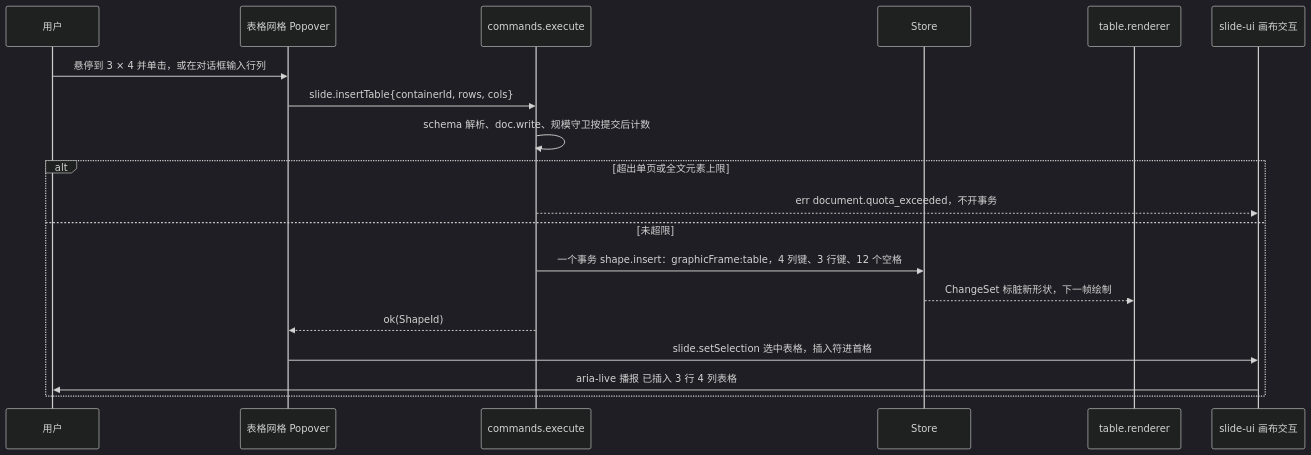
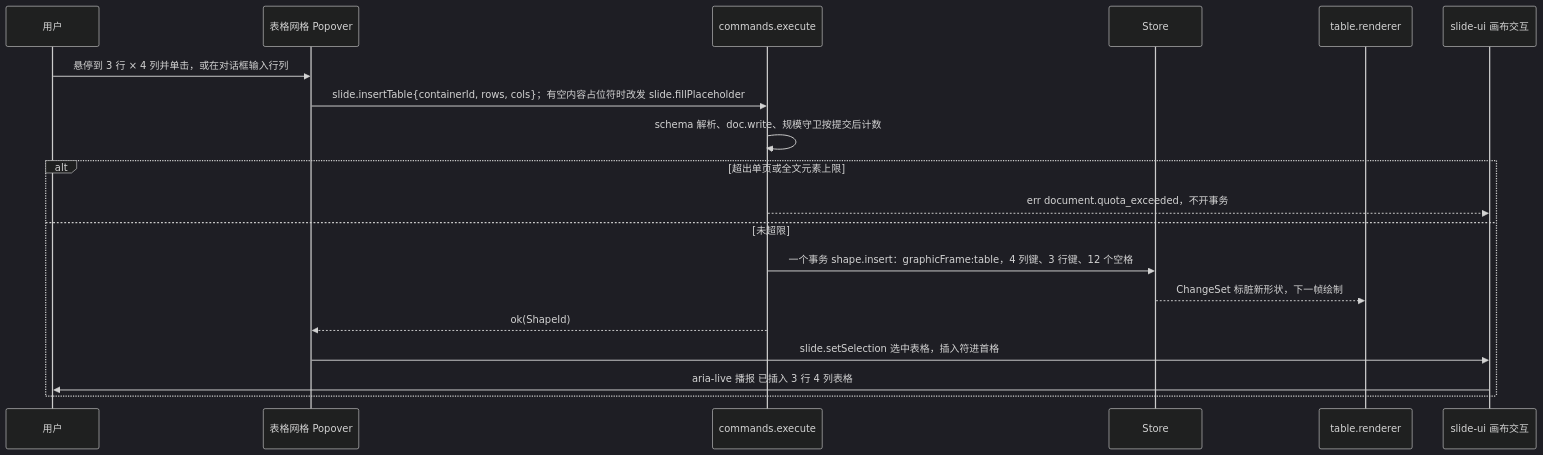
The third of 13 diagrams in docs/50-frontend/24-elements-tables-and-charts.md (Xeonice/cordis-ppt-editor), drawn with Mermaid (dark theme) before and after one commit. The commit also changed other lines of this file and 12 other files, not shown here.

````diff
--- a/docs/50-frontend/24-elements-tables-and-charts.md
+++ b/docs/50-frontend/24-elements-tables-and-charts.md
@@ -148,21 +149,21 @@
 ```mermaid
 sequenceDiagram
   participant user as 用户
   participant picker as 表格网格 Popover
   participant cmds as commands.execute
   participant store as Store
   participant render as table.renderer
   participant ui as slide-ui 画布交互
-  user->>picker: 悬停到 3 × 4 并单击，或在对话框输入行列
-  picker->>cmds: slide.insertTable{containerId, rows, cols}
+  user->>picker: 悬停到 3 行 × 4 列并单击，或在对话框输入行列
+  picker->>cmds: slide.insertTable{containerId, rows, cols}；有空内容占位符时改发 slide.fillPlaceholder
   cmds->>cmds: schema 解析、doc.write、规模守卫按提交后计数
   alt 超出单页或全文元素上限
     cmds-->>ui: err document.quota_exceeded，不开事务
   else 未超限
     cmds->>store: 一个事务 shape.insert：graphicFrame:table，4 列键、3 行键、12 个空格
     store-->>render: ChangeSet 标脏新形状，下一帧绘制
     cmds-->>picker: ok(ShapeId)
     picker->>ui: slide.setSelection 选中表格，插入符进首格
     ui->>user: aria-live 播报 已插入 3 行 4 列表格
   end
 ```
````
